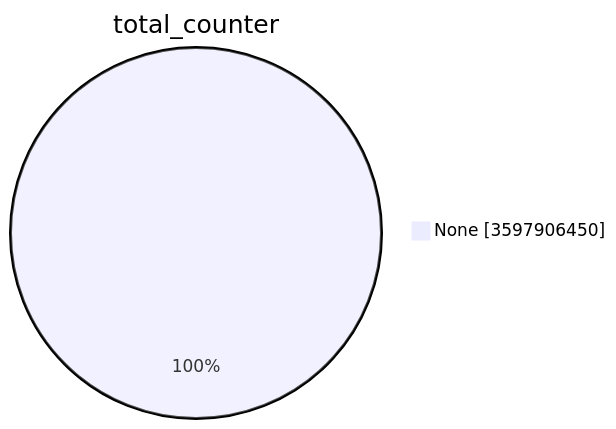
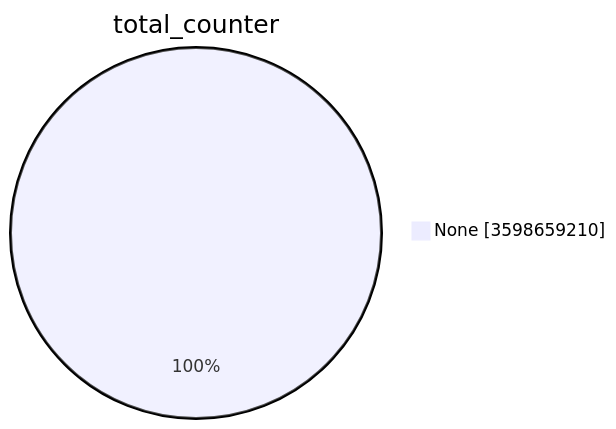
One commit to christiankrug/ctmonitor_visualization changed the first of 15 diagrams in TOTAL/README.md. Above: the diagram before and after it, drawn with Mermaid. The commit also changed other lines of this file, not shown here.

````diff
--- a/TOTAL/README.md
+++ b/TOTAL/README.md
@@ -1,5 +1,5 @@
 ```mermaid
 pie showData
 title total_counter
-"None" :3597906450
+"None" :3598659210
 ```
````
